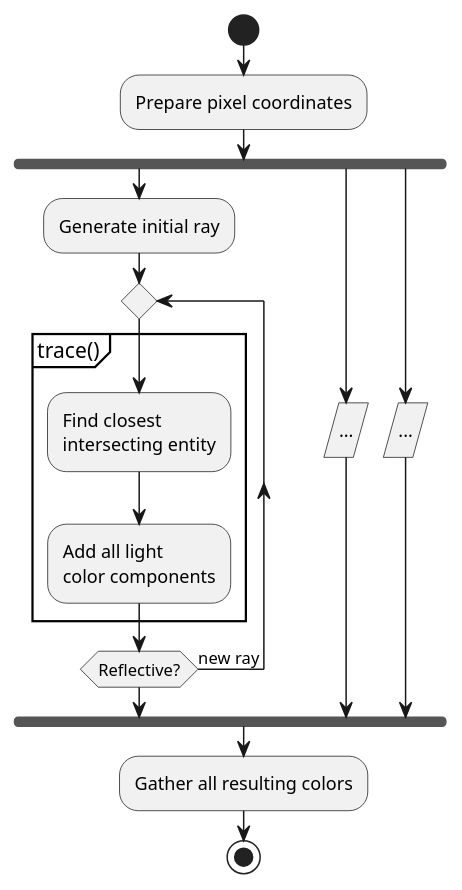
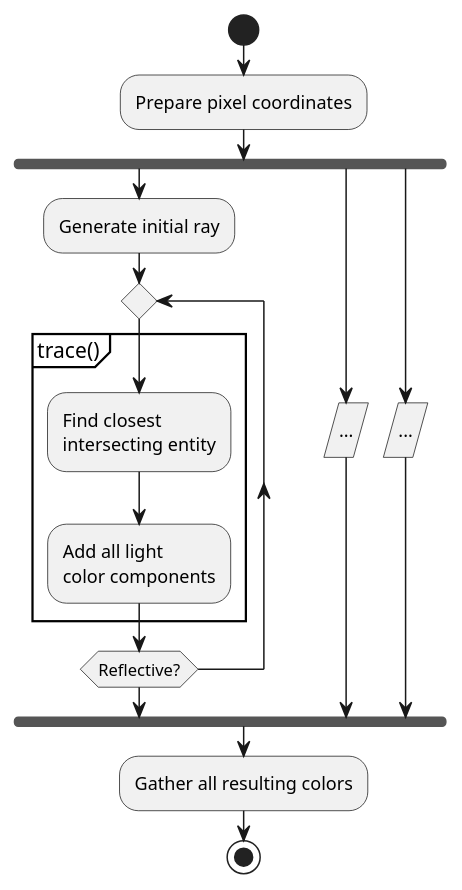
One commit to Tenchi2xh/CRT changed the diagram in doc/uml/rendering_activity.puml. Above: the diagram before and after it, drawn with PlantUML. The commit also changed 9 other files, not shown here.

```diff
--- a/doc/uml/rendering_activity.puml
+++ b/doc/uml/rendering_activity.puml
@@ -1,25 +1,25 @@
 @startuml
 
 start
 
 :Prepare pixel coordinates;
 
 fork
     :Generate initial ray;
     repeat
     partition trace() {
         :Find closest\nintersecting entity;
         :Add all light\ncolor components;
     }
-    repeat while (Reflective?) is (new ray)
+    repeat while (Reflective?)
 fork again
     :.../
 fork again
     :.../
 endfork
 
 :Gather all resulting colors;
 
 stop
 
 @enduml
```
